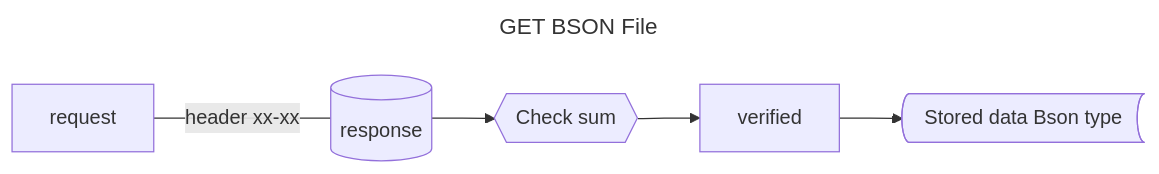
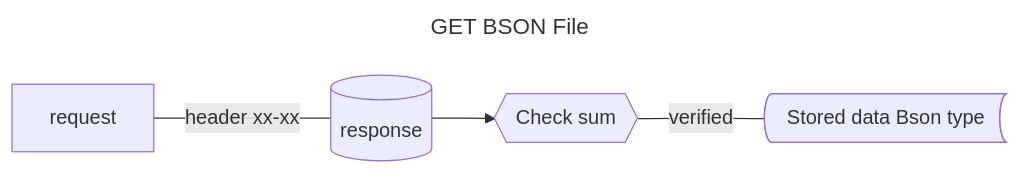
One commit to softtiny/docs.bita changed the diagram in markdowns/notes/bson-todos.md. Above: the diagram before and after it, drawn with Mermaid.

Commit message:
:construction: Work in progress.

````diff
--- a/markdowns/notes/bson-todos.md
+++ b/markdowns/notes/bson-todos.md
@@ -3,11 +3,10 @@
 ```mermaid
 ---
 title: GET BSON File
 ---
 
 flowchart LR
     request ---|header xx-xx| data[( response)]
     data -->  unverify@{ shape: hex, label: "Check sum" }
-    unverify --> verified
-    verified --> bson@{ shape: bow-rect, label: "Stored data Bson type" }
+    unverify ---|verified| bson@{ shape: bow-rect, label: "Stored data Bson type" }
 ```
````
